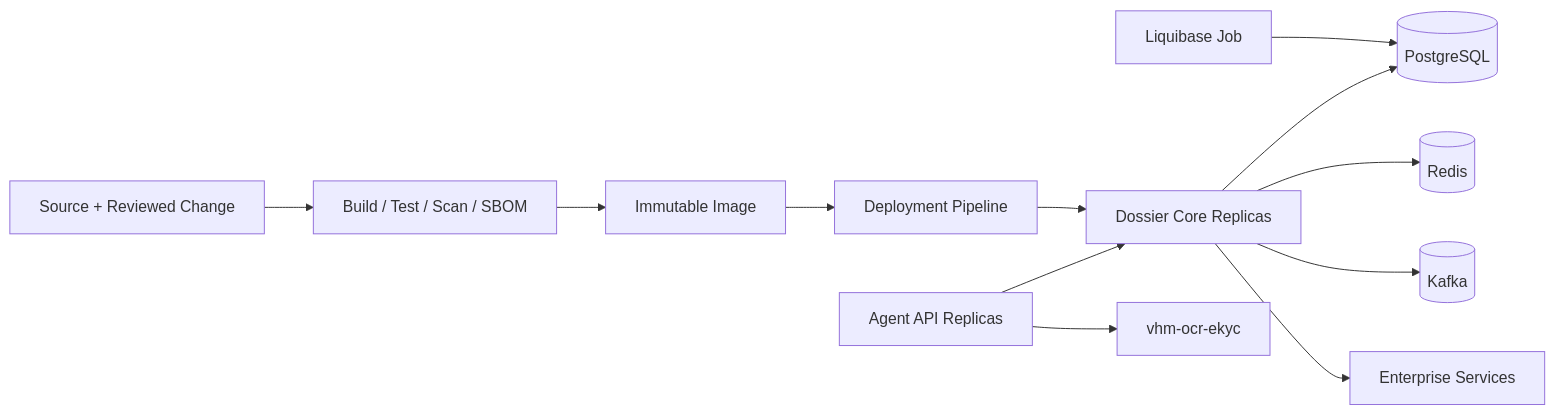
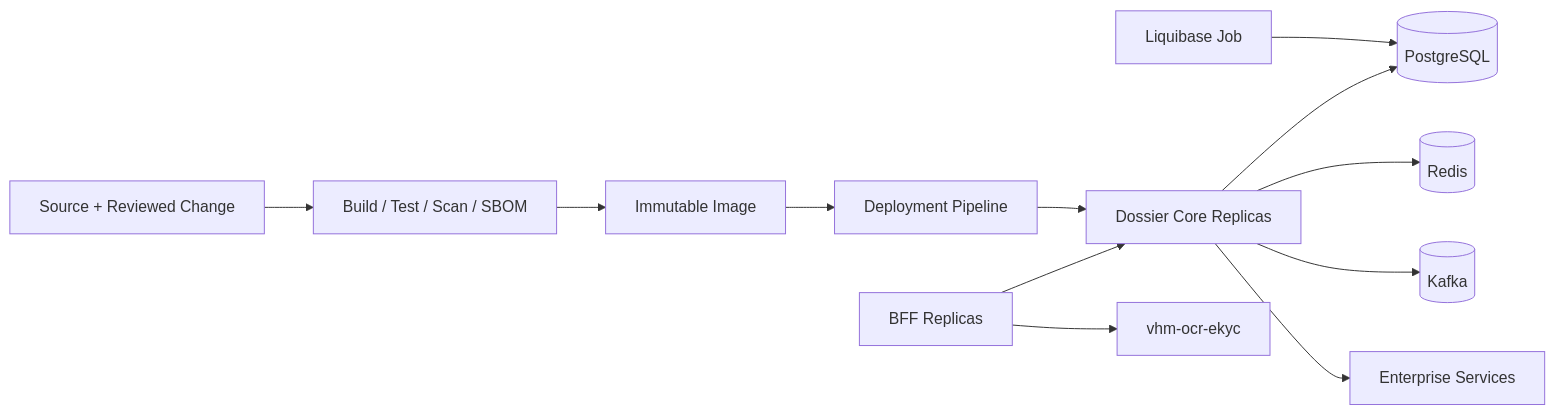
Before and after one commit to huynv-xyz/vhm: the eighth of 8 diagrams in tdd-dossier.md, drawn with Mermaid. The commit also changed other lines of this file, not shown here.

````diff
--- a/tdd-dossier.md
+++ b/tdd-dossier.md
@@ -787,14 +795,14 @@
 ```mermaid
 flowchart LR
     Git[Source + Reviewed Change] --> CI[Build / Test / Scan / SBOM]
     CI --> Image[Immutable Image]
     Image --> Deploy[Deployment Pipeline]
     Migration[Liquibase Job] --> DB[(PostgreSQL)]
     Deploy --> Core[Dossier Core Replicas]
     Core --> DB
     Core --> Redis[(Redis)]
     Core --> Kafka[(Kafka)]
     Core --> Ext[Enterprise Services]
-    BFF[Agent API Replicas] --> Core
+    BFF[BFF Replicas] --> Core
     BFF --> OCR[vhm-ocr-ekyc]
 ```
````
